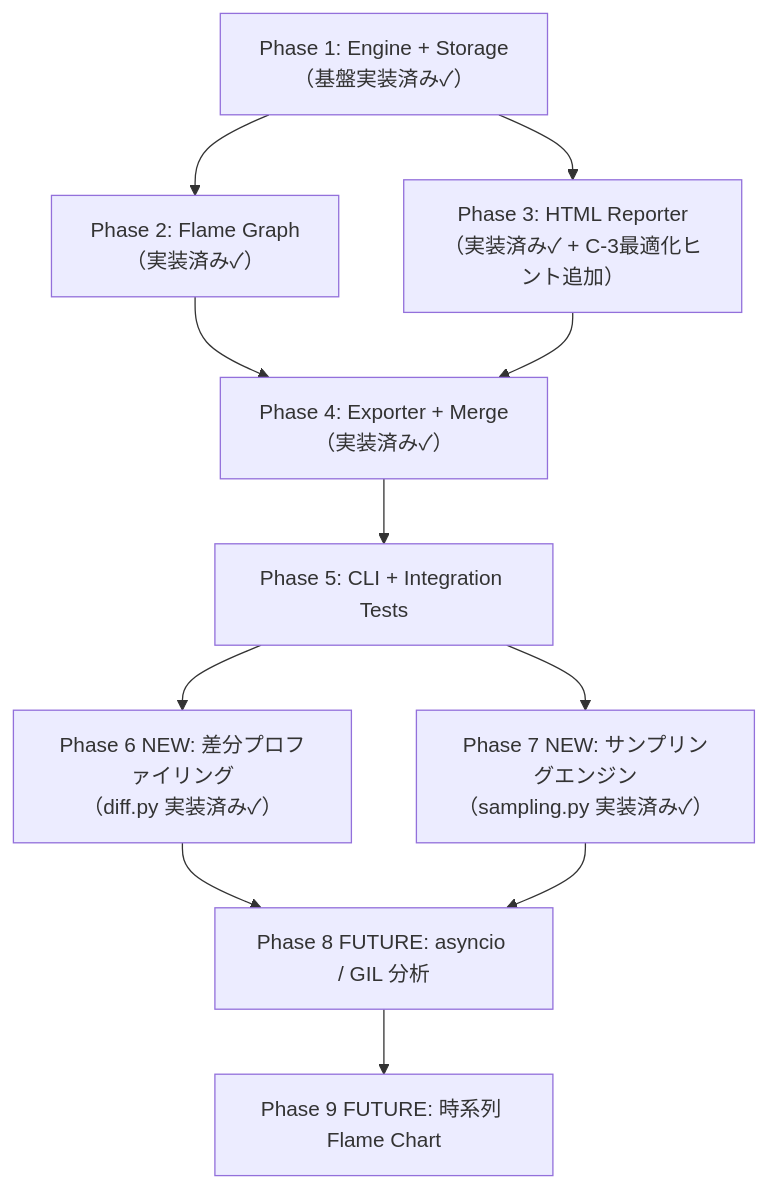
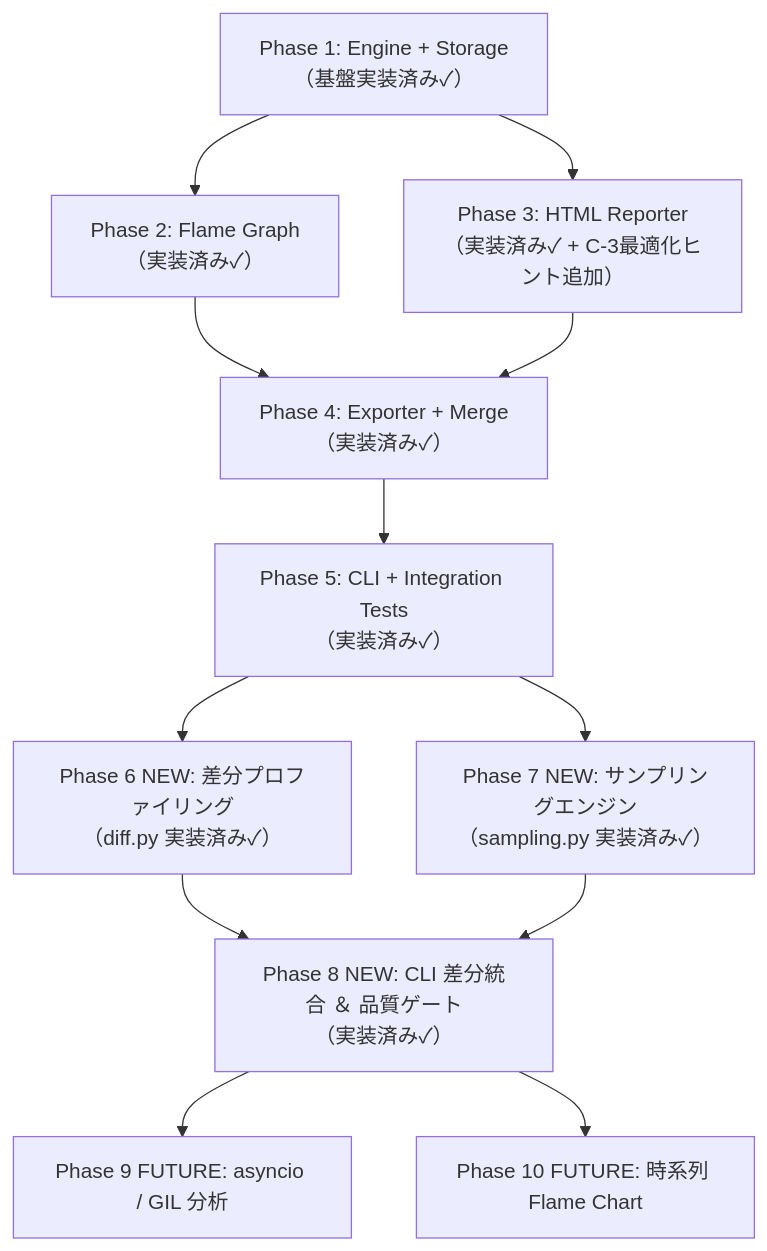
Before and after one commit to rokujyouhitoma/arxiv-security-papers: the second of 2 diagrams in docs/designs/DSN-28-python_nytprof_profiler_and_visualization_suite.md, drawn with Mermaid. The commit also changed other lines of this file and 11 other files, not shown here.

````diff
--- a/docs/designs/DSN-28-python_nytprof_profiler_and_visualization_suite.md
+++ b/docs/designs/DSN-28-python_nytprof_profiler_and_visualization_suite.md
@@ -578,23 +578,25 @@
 ```mermaid
 graph TD
     P1["Phase 1: Engine + Storage<br/>（基盤実装済み✓）"]
     P2["Phase 2: Flame Graph<br/>（実装済み✓）"]
     P3["Phase 3: HTML Reporter<br/>（実装済み✓ + C-3最適化ヒント追加）"]
     P4["Phase 4: Exporter + Merge<br/>（実装済み✓）"]
-    P5["Phase 5: CLI + Integration Tests"]
+    P5["Phase 5: CLI + Integration Tests<br/>（実装済み✓）"]
     P6["Phase 6 NEW: 差分プロファイリング<br/>（diff.py 実装済み✓）"]
     P7["Phase 7 NEW: サンプリングエンジン<br/>（sampling.py 実装済み✓）"]
-    P8["Phase 8 FUTURE: asyncio / GIL 分析"]
-    P9["Phase 9 FUTURE: 時系列 Flame Chart"]
+    P8["Phase 8 NEW: CLI 差分統合 ＆ 品質ゲート<br/>（実装済み✓）"]
+    P9["Phase 9 FUTURE: asyncio / GIL 分析"]
+    P10["Phase 10 FUTURE: 時系列 Flame Chart"]
 
     P1 --> P2
     P1 --> P3
     P2 --> P4
     P3 --> P4
     P4 --> P5
     P5 --> P6
     P5 --> P7
     P6 --> P8
     P7 --> P8
     P8 --> P9
+    P8 --> P10
 ```
````
